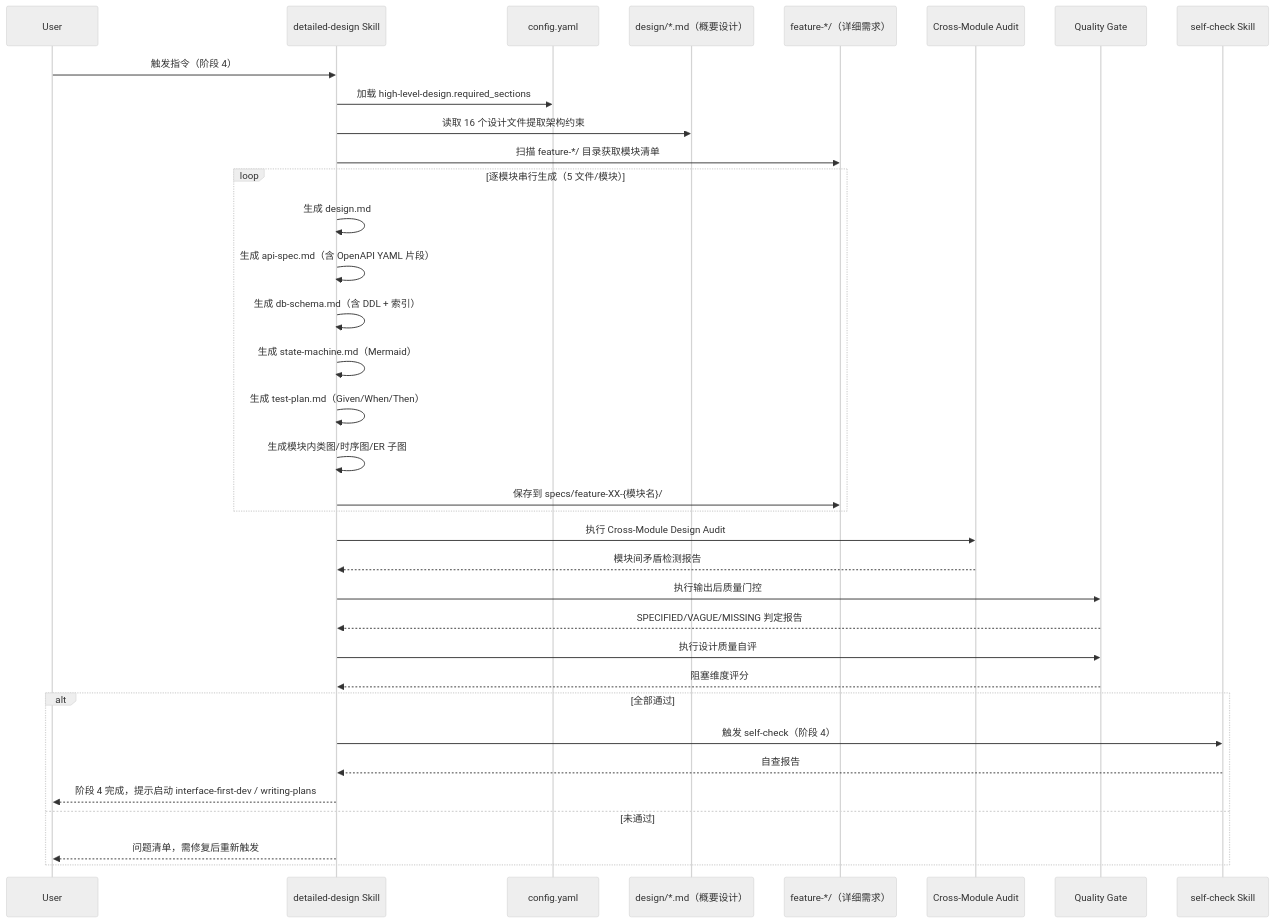
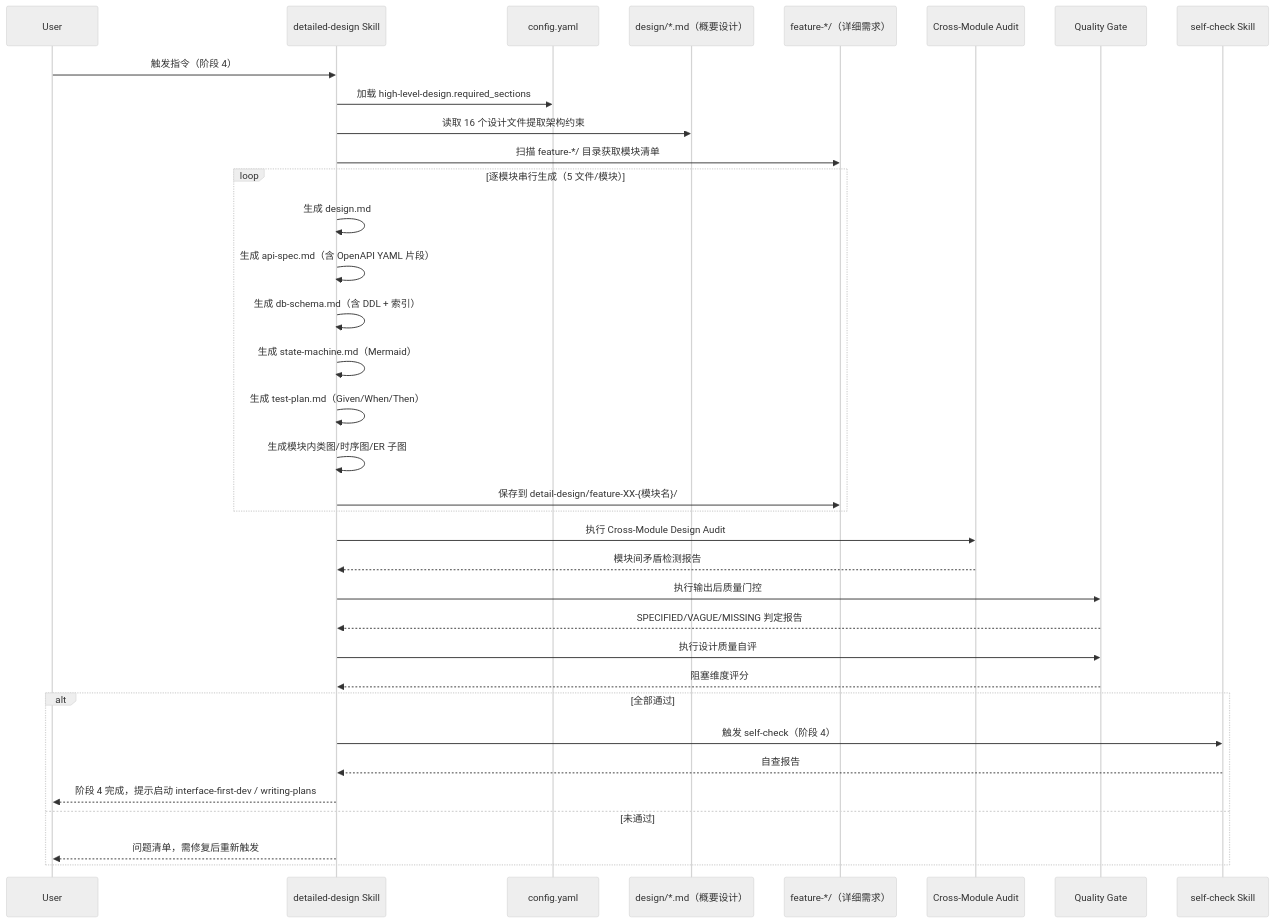
Before and after one commit to zhsusn/skill-arsenal: the diagram in docs/skill-design/detailed-design-design.md, drawn with Mermaid (neutral theme). The commit also changed other lines of this file and 9 other files, not shown here.

First line of the commit message:
refactor(detailed-design): relocate output to detail-design/ and add shared/ for cross-module assets

````diff
--- a/docs/skill-design/detailed-design-design.md
+++ b/docs/skill-design/detailed-design-design.md
@@ -94,43 +117,43 @@
 ```mermaid
 sequenceDiagram
     participant User
     participant DD as detailed-design Skill
     participant Config as config.yaml
     participant HLD as design/*.md（概要设计）
     participant DR as feature-*/（详细需求）
     participant Audit as Cross-Module Audit
     participant QG as Quality Gate
     participant SC as self-check Skill
 
     User->>DD: 触发指令（阶段 4）
     DD->>Config: 加载 high-level-design.required_sections
     DD->>HLD: 读取 16 个设计文件提取架构约束
     DD->>DR: 扫描 feature-*/ 目录获取模块清单
 
     loop 逐模块串行生成（5 文件/模块）
         DD->>DD: 生成 design.md
         DD->>DD: 生成 api-spec.md（含 OpenAPI YAML 片段）
         DD->>DD: 生成 db-schema.md（含 DDL + 索引）
         DD->>DD: 生成 state-machine.md（Mermaid）
         DD->>DD: 生成 test-plan.md（Given/When/Then）
         DD->>DD: 生成模块内类图/时序图/ER 子图
-        DD->>DR: 保存到 specs/feature-XX-{模块名}/
+        DD->>DR: 保存到 detail-design/feature-XX-{模块名}/
     end
 
     DD->>Audit: 执行 Cross-Module Design Audit
     Audit-->>DD: 模块间矛盾检测报告
 
     DD->>QG: 执行输出后质量门控
     QG-->>DD: SPECIFIED/VAGUE/MISSING 判定报告
 
     DD->>QG: 执行设计质量自评
     QG-->>DD: 阻塞维度评分
 
     alt 全部通过
         DD->>SC: 触发 self-check（阶段 4）
         SC-->>DD: 自查报告
         DD-->>User: 阶段 4 完成，提示启动 interface-first-dev / writing-plans
     else 未通过
         DD-->>User: 问题清单，需修复后重新触发
     end
 ```
````
